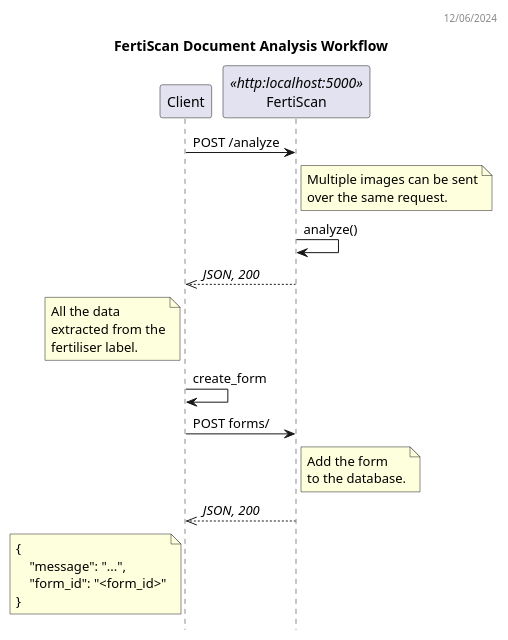
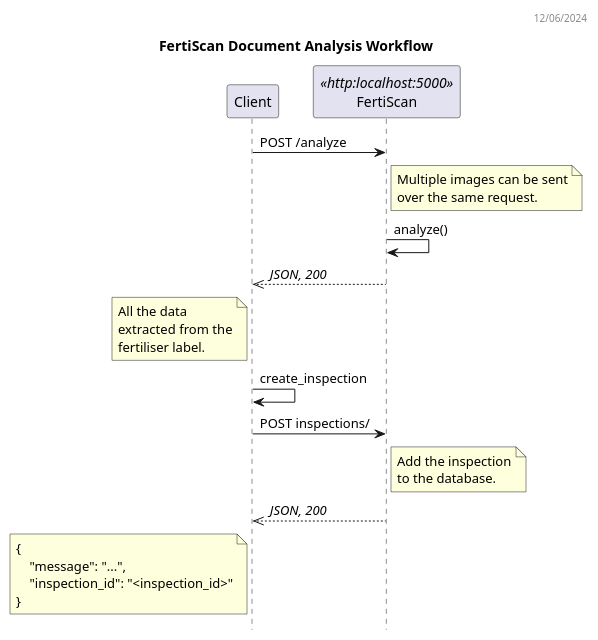
One commit to ai-cfia/fertiscan-backend changed the diagram in docs/plantuml/workflow_dss.puml. Above: the diagram before and after it, drawn with PlantUML. The commit also changed 13 other files, not shown here.

```diff
--- a/docs/plantuml/workflow_dss.puml
+++ b/docs/plantuml/workflow_dss.puml
@@ -1,36 +1,36 @@
 @startuml FertiScan Sequence Diagram
 header 12/06/2024
 
 title FertiScan Document Analysis Workflow
 hide empty members
 hide footbox
 
 participant Client as FE
 participant FertiScan as BE <<http:localhost:5000>>
 
 FE -> BE: POST /analyze
 note right BE
   Multiple images can be sent
   over the same request.
 end note
 BE -> BE: analyze()
 FE <<-- BE: //JSON, 200//
 note left FE
   All the data
   extracted from the
   fertiliser label.
 end note
-FE -> FE: create_form
-FE -> BE: POST forms/
+FE -> FE: create_inspection
+FE -> BE: POST inspections/
 note right BE
-  Add the form
+  Add the inspection
   to the database.
 end note
 FE <<-- BE: //JSON, 200//
 note left FE
   {
       "message": "...",
-      "form_id": "<form_id>"
+      "inspection_id": "<inspection_id>"
   }  
 end note
 @enduml
```
